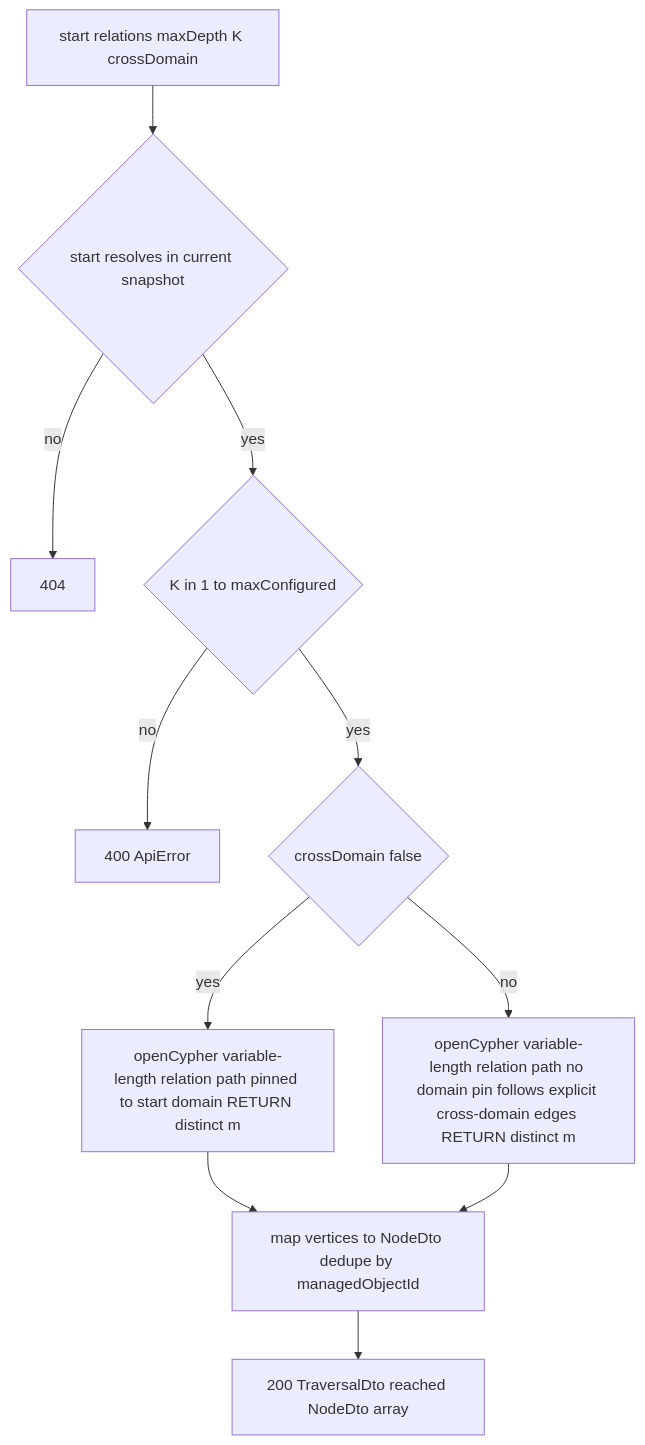
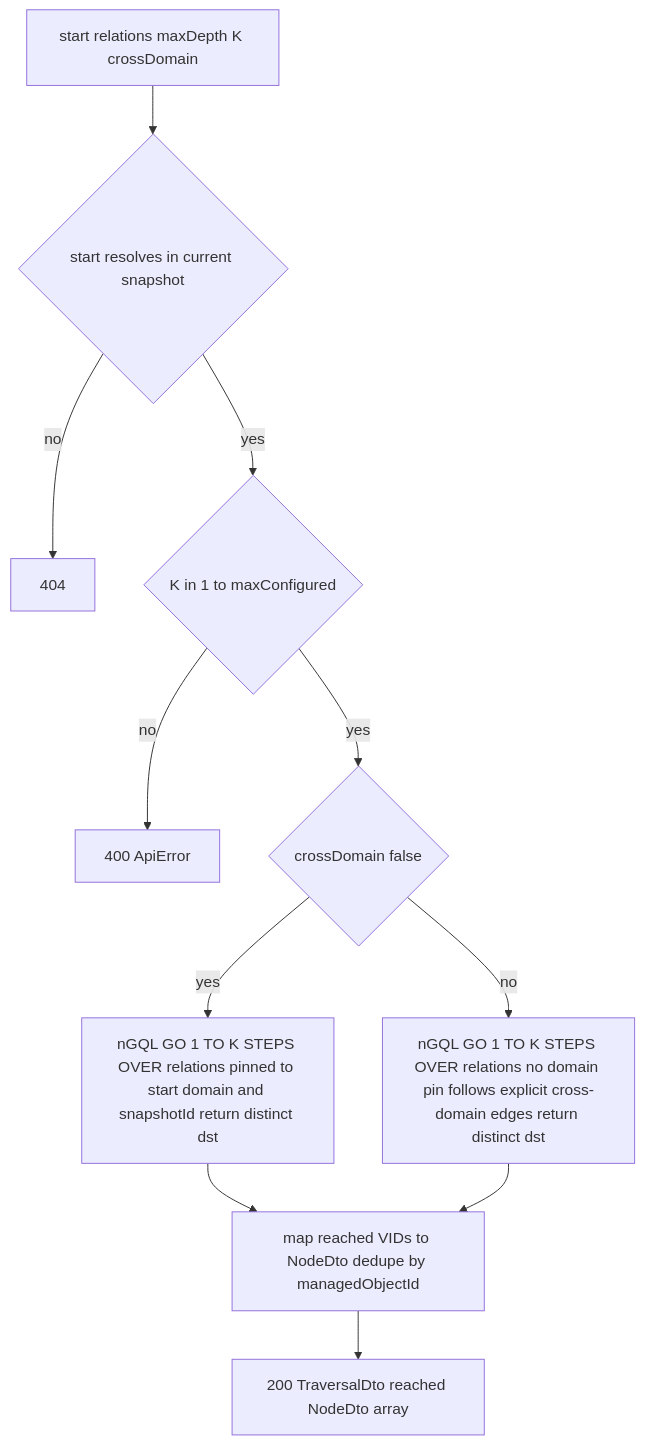
Diagram 11 of 11 in services/topology/design.md (nikhilmohan/correlation-platform), drawn with Mermaid before and after one commit. The commit also changed other lines of this file, not shown here.

First line of the commit message:
design(topology): rework graph backend Apache AGE → NebulaGraph (nGQL)

````diff
--- a/services/topology/design.md
+++ b/services/topology/design.md
@@ -687,13 +896,13 @@
 ```mermaid
 flowchart TD
   A[start relations maxDepth K crossDomain] --> B{start resolves in current snapshot}
   B -- no --> N[404]
   B -- yes --> C{K in 1 to maxConfigured}
   C -- no --> E[400 ApiError]
   C -- yes --> P{crossDomain false}
-  P -- yes --> D1[openCypher variable-length relation path pinned to start domain RETURN distinct m]
-  P -- no --> D2[openCypher variable-length relation path no domain pin follows explicit cross-domain edges RETURN distinct m]
-  D1 --> F[map vertices to NodeDto dedupe by managedObjectId]
+  P -- yes --> D1[nGQL GO 1 TO K STEPS OVER relations pinned to start domain and snapshotId return distinct dst]
+  P -- no --> D2[nGQL GO 1 TO K STEPS OVER relations no domain pin follows explicit cross-domain edges return distinct dst]
+  D1 --> F[map reached VIDs to NodeDto dedupe by managedObjectId]
   D2 --> F
   F --> G[200 TraversalDto reached NodeDto array]
 ```
````
